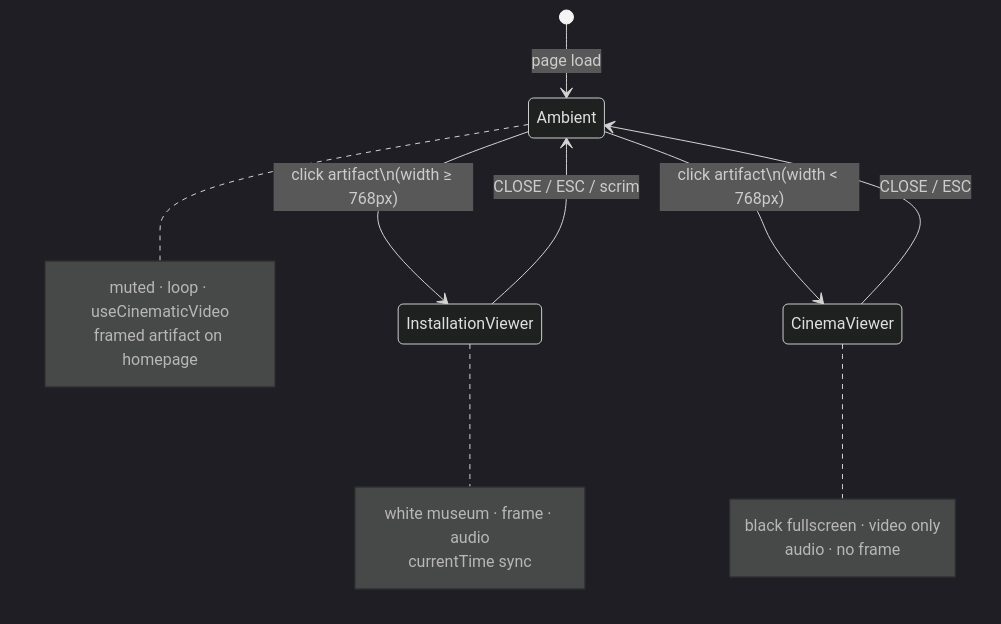
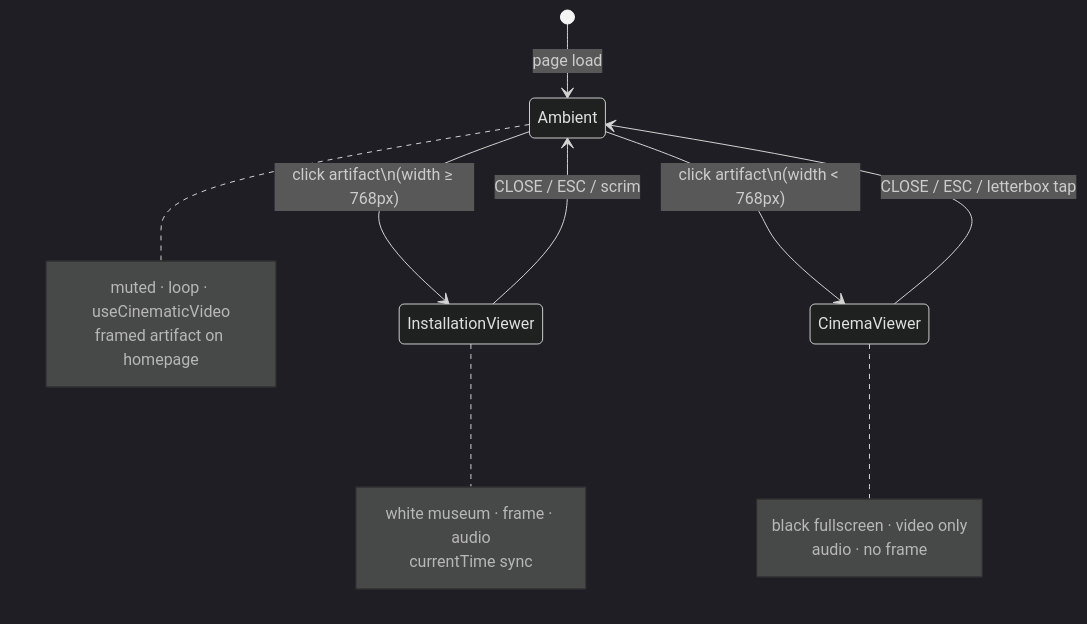
Before and after one commit to kirilldodon2-ux/oni-studio: the diagram in docs/SHOWREEL_SYSTEM.md, drawn with Mermaid (dark theme). The commit also changed other lines of this file and 1 other file, not shown here.

Commit message:
fix(showreel): harden mobile cinema fullscreen takeover

````diff
--- a/docs/SHOWREEL_SYSTEM.md
+++ b/docs/SHOWREEL_SYSTEM.md
@@ -126,25 +130,25 @@
 ```mermaid
 stateDiagram-v2
   [*] --> Ambient: page load
 
   Ambient --> InstallationViewer: click artifact\n(width ≥ 768px)
   InstallationViewer --> Ambient: CLOSE / ESC / scrim
 
   Ambient --> CinemaViewer: click artifact\n(width < 768px)
-  CinemaViewer --> Ambient: CLOSE / ESC
+  CinemaViewer --> Ambient: CLOSE / ESC / letterbox tap
 
   note right of Ambient
     muted · loop · useCinematicVideo
     framed artifact on homepage
   end note
 
   note right of InstallationViewer
     white museum · frame · audio
     currentTime sync
   end note
 
   note right of CinemaViewer
     black fullscreen · video only
     audio · no frame
   end note
 ```
````
